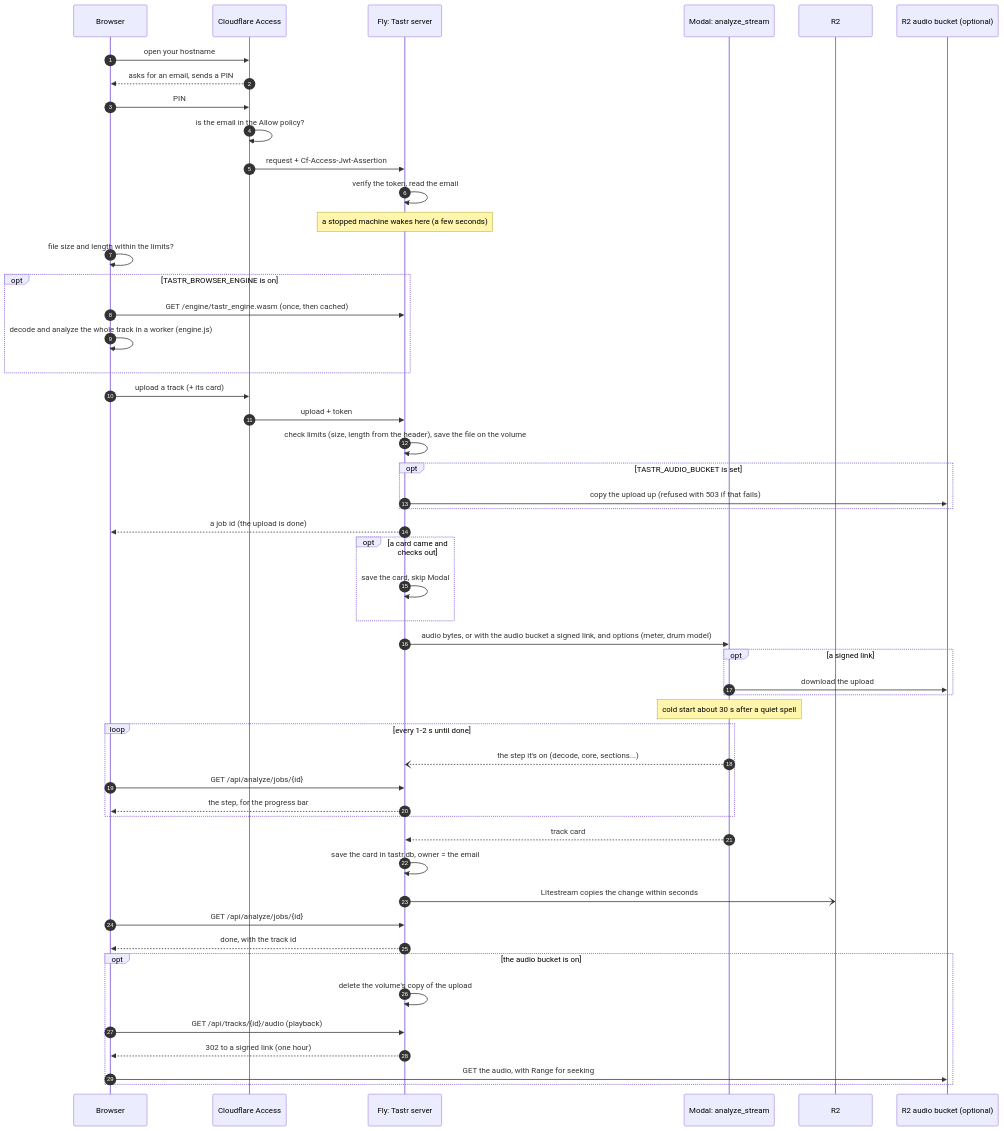
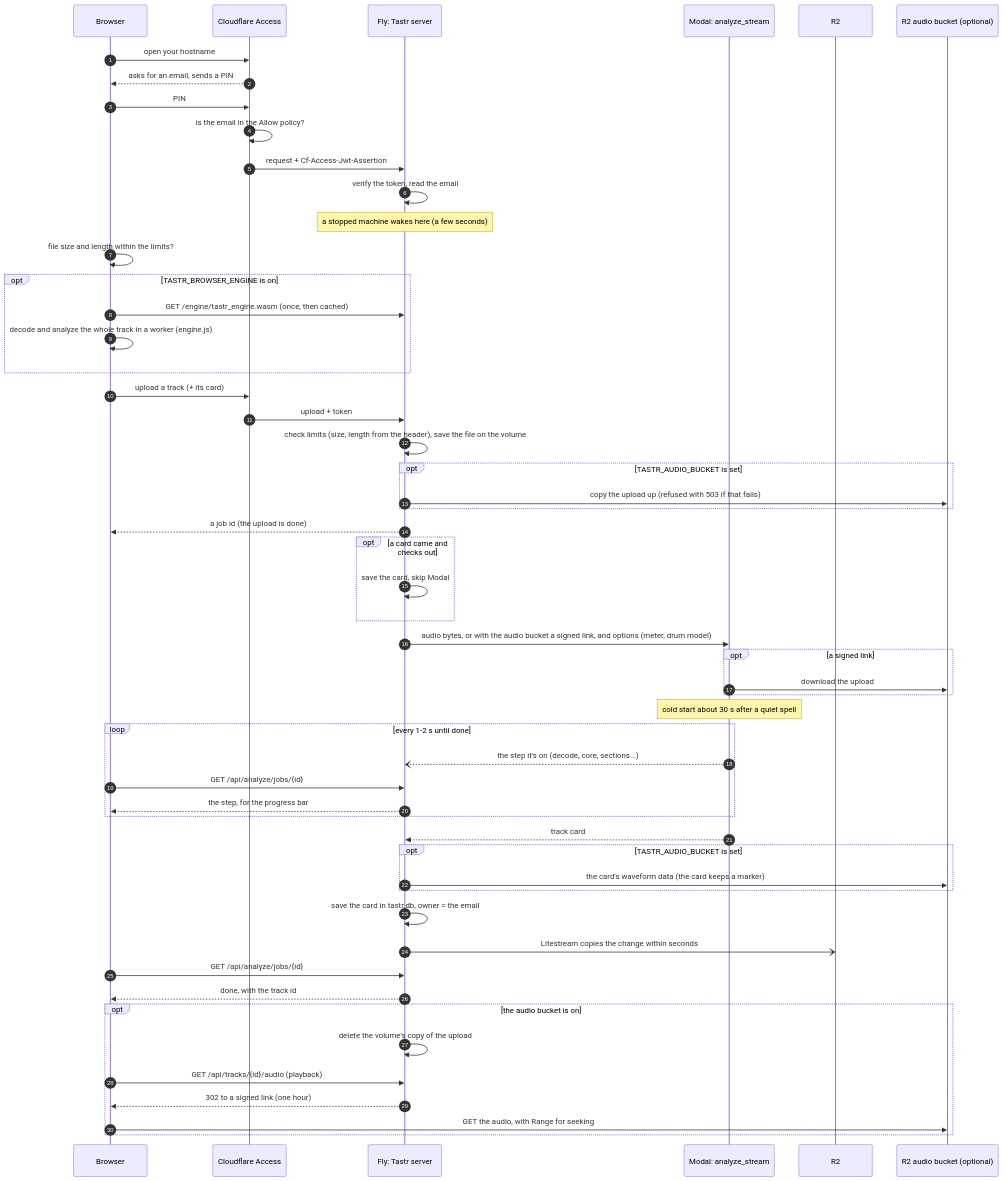
One commit to pocketIlmatto/tastr changed the second of 2 diagrams in docs/hosting-map.md. Above: the diagram before and after it, drawn with Mermaid. The commit also changed other lines of this file and 16 other files, not shown here.

First line of the commit message:
Job markers into the database, card waveform data to the bucket (TAS-48, part 2)

````diff
--- a/docs/hosting-map.md
+++ b/docs/hosting-map.md
@@ -83,53 +84,56 @@
 ```mermaid
 sequenceDiagram
   autonumber
   participant B as Browser
   participant C as Cloudflare Access
   participant W as Fly: Tastr server
   participant M as Modal: analyze_stream
   participant R as R2
   participant A as R2 audio bucket (optional)
   B->>C: open your hostname
   C-->>B: asks for an email, sends a PIN
   B->>C: PIN
   C->>C: is the email in the Allow policy?
   C->>W: request + Cf-Access-Jwt-Assertion
   W->>W: verify the token, read the email
   Note over W: a stopped machine wakes here (a few seconds)
   B->>B: file size and length within the limits?
   opt TASTR_BROWSER_ENGINE is on
     B->>W: GET /engine/tastr_engine.wasm (once, then cached)
     B->>B: decode and analyze the whole track in a worker (engine.js)
   end
   B->>C: upload a track (+ its card)
   C->>W: upload + token
   W->>W: check limits (size, length from the header), save the file on the volume
   opt TASTR_AUDIO_BUCKET is set
     W->>A: copy the upload up (refused with 503 if that fails)
   end
   W-->>B: a job id (the upload is done)
   opt a card came and checks out
     W->>W: save the card, skip Modal
   end
   W->>M: audio bytes, or with the audio bucket a signed link, and options (meter, drum model)
   opt a signed link
     M->>A: download the upload
   end
   Note over M: cold start about 30 s after a quiet spell
   loop every 1-2 s until done
     M--)W: the step it's on (decode, core, sections...)
     B->>W: GET /api/analyze/jobs/{id}
     W-->>B: the step, for the progress bar
   end
   M-->>W: track card
+  opt TASTR_AUDIO_BUCKET is set
+    W->>A: the card's waveform data (the card keeps a marker)
+  end
   W->>W: save the card in tastr.db, owner = the email
   W-)R: Litestream copies the change within seconds
   B->>W: GET /api/analyze/jobs/{id}
   W-->>B: done, with the track id
   opt the audio bucket is on
     W->>W: delete the volume's copy of the upload
     B->>W: GET /api/tracks/{id}/audio (playback)
     W-->>B: 302 to a signed link (one hour)
     B->>A: GET the audio, with Range for seeking
   end
 ```
````
